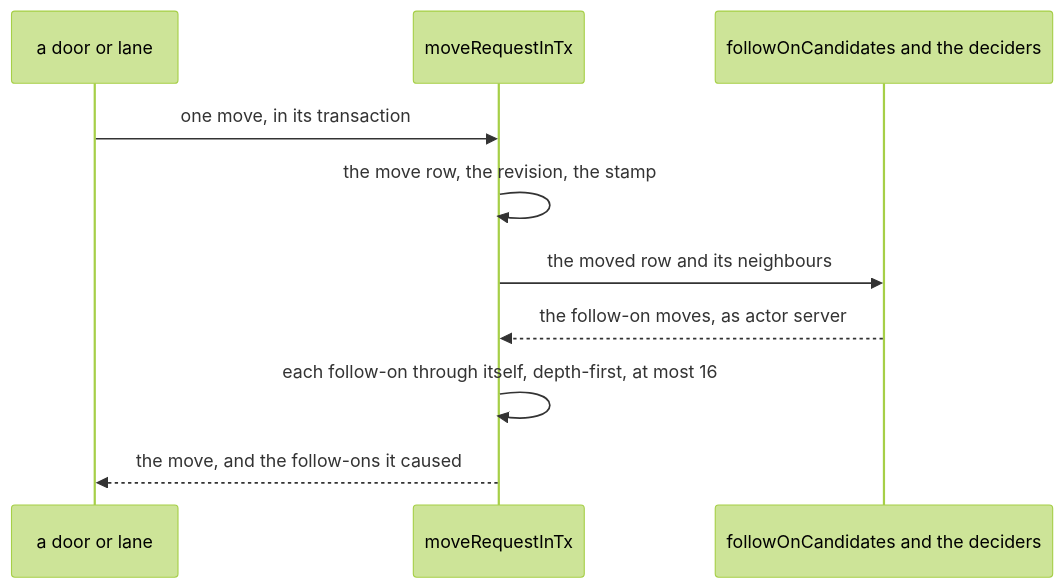
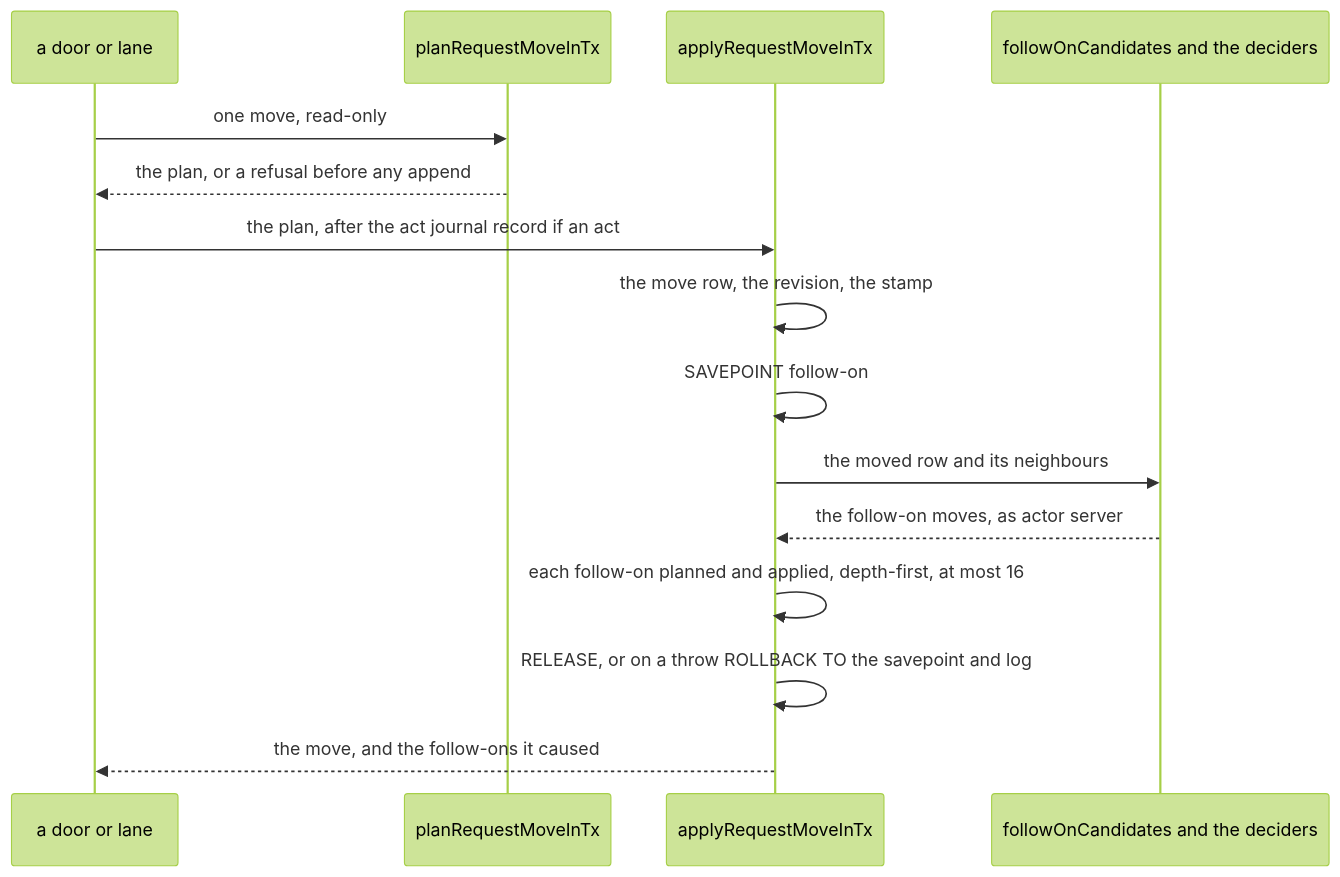
The second of 4 diagrams in docs/superpowers/plans/2026-11-16-overlord-w2/w2-done-tests.md (Synapsium-Labs/ccrc-pwa), drawn with Mermaid (forest theme) before and after one commit. The commit also changed other lines of this file and 1 other file, not shown here.

First line of the commit message:
docs(plan): W2 done tests and follow-up, fix round 1 (review 2282)

````diff
--- a/docs/superpowers/plans/2026-11-16-overlord-w2/w2-done-tests.md
+++ b/docs/superpowers/plans/2026-11-16-overlord-w2/w2-done-tests.md
@@ -385,12 +438,17 @@
 ```mermaid
 sequenceDiagram
   participant D as a door or lane
-  participant W as moveRequestInTx
+  participant P as planRequestMoveInTx
+  participant W as applyRequestMoveInTx
   participant F as followOnCandidates and the deciders
-  D->>W: one move, in its transaction
+  D->>P: one move, read-only
+  P-->>D: the plan, or a refusal before any append
+  D->>W: the plan, after the act journal record if an act
   W->>W: the move row, the revision, the stamp
+  W->>W: SAVEPOINT follow-on
   W->>F: the moved row and its neighbours
   F-->>W: the follow-on moves, as actor server
-  W->>W: each follow-on through itself, depth-first, at most 16
+  W->>W: each follow-on planned and applied, depth-first, at most 16
+  W->>W: RELEASE, or on a throw ROLLBACK TO the savepoint and log
   W-->>D: the move, and the follow-ons it caused
 ```
````
